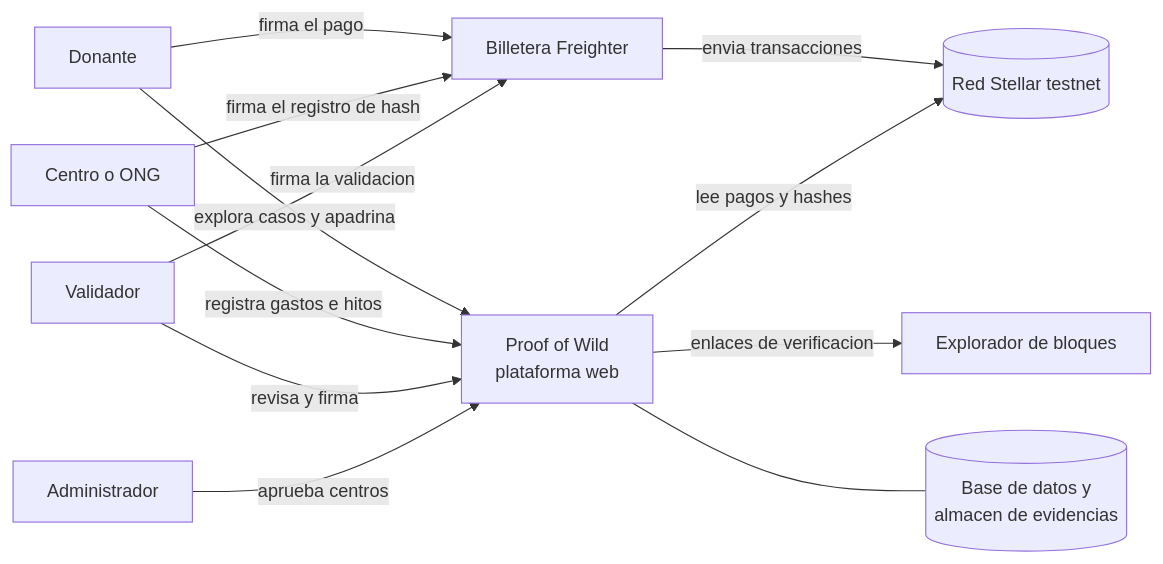
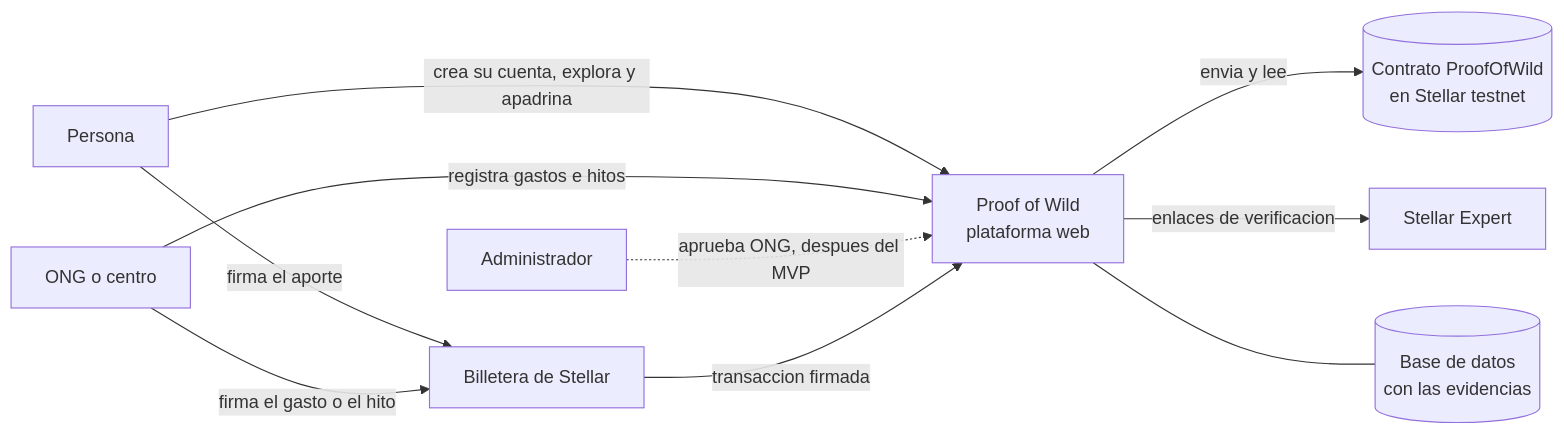
Before and after one commit to Javeriana-Blockchain/2026-II-proof-of-wild: the diagram in docs/arquitectura/contexto-y-drivers.md, drawn with Mermaid. The commit also changed other lines of this file and 2 other files, not shown here.

First line of the commit message:
docs(arquitectura): arquitectura, drivers y README al día con el código

````diff
--- a/docs/arquitectura/contexto-y-drivers.md
+++ b/docs/arquitectura/contexto-y-drivers.md
@@ -34,14 +35,12 @@
 ```mermaid
 flowchart LR
-  D["Donante"] -->|explora casos y apadrina| POW["Proof of Wild<br/>plataforma web"]
-  C["Centro o ONG"] -->|registra gastos e hitos| POW
-  V["Validador"] -->|revisa y firma| POW
-  A["Administrador"] -->|aprueba centros| POW
-  D -->|firma el pago| FR["Billetera Freighter"]
-  C -->|firma el registro de hash| FR
-  V -->|firma la validacion| FR
-  FR -->|envia transacciones| ST[("Red Stellar testnet")]
-  POW -->|lee pagos y hashes| ST
-  POW -->|enlaces de verificacion| EX["Explorador de bloques"]
-  POW --- DATA[("Base de datos y<br/>almacen de evidencias")]
+  P["Persona"] -->|crea su cuenta, explora y apadrina| POW["Proof of Wild<br/>plataforma web"]
+  O["ONG o centro"] -->|registra gastos e hitos| POW
+  A["Administrador"] -.->|aprueba ONG, despues del MVP| POW
+  P -->|firma el aporte| W["Billetera de Stellar"]
+  O -->|firma el gasto o el hito| W
+  W -->|transaccion firmada| POW
+  POW -->|envia y lee| SC[("Contrato ProofOfWild<br/>en Stellar testnet")]
+  POW -->|enlaces de verificacion| EX["Stellar Expert"]
+  POW --- DATA[("Base de datos<br/>con las evidencias")]
 ```
````
